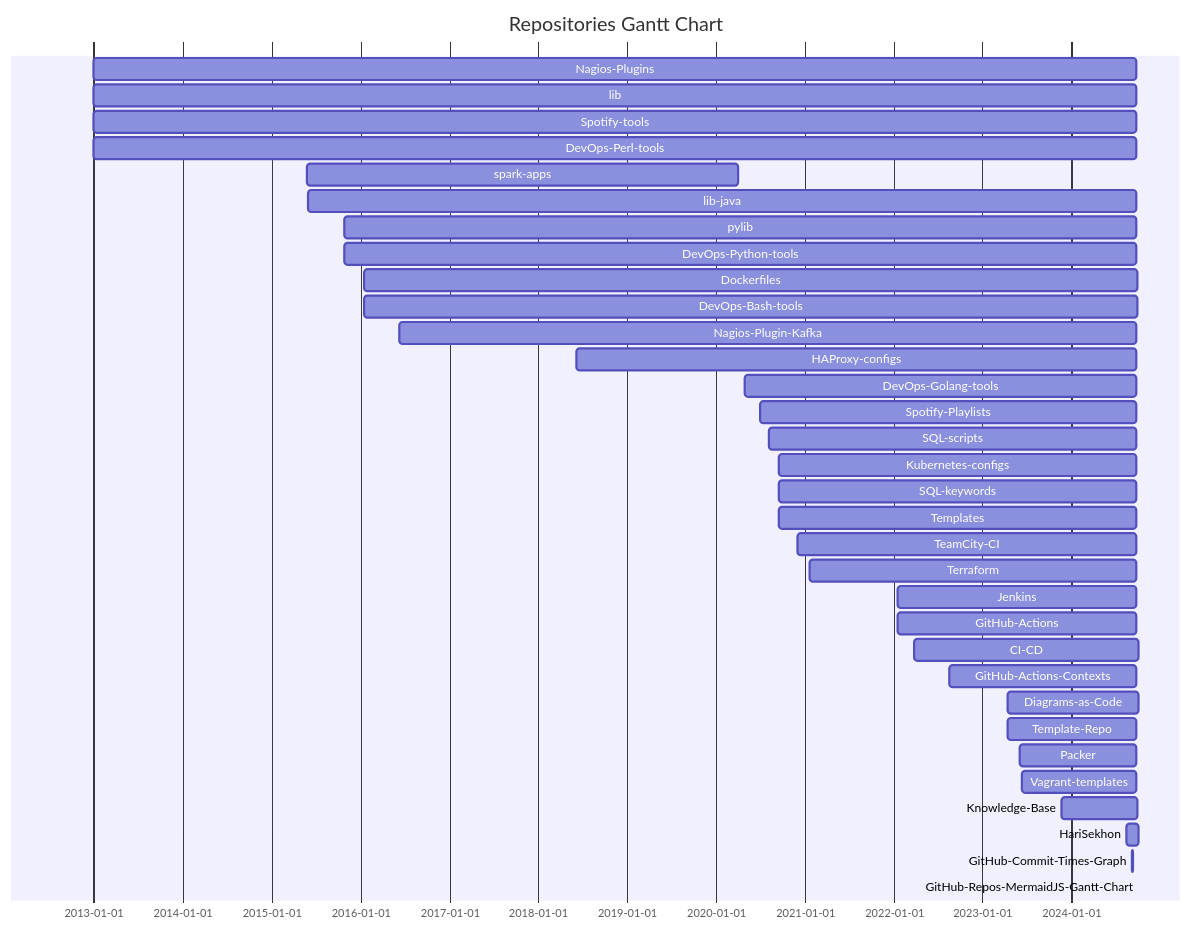
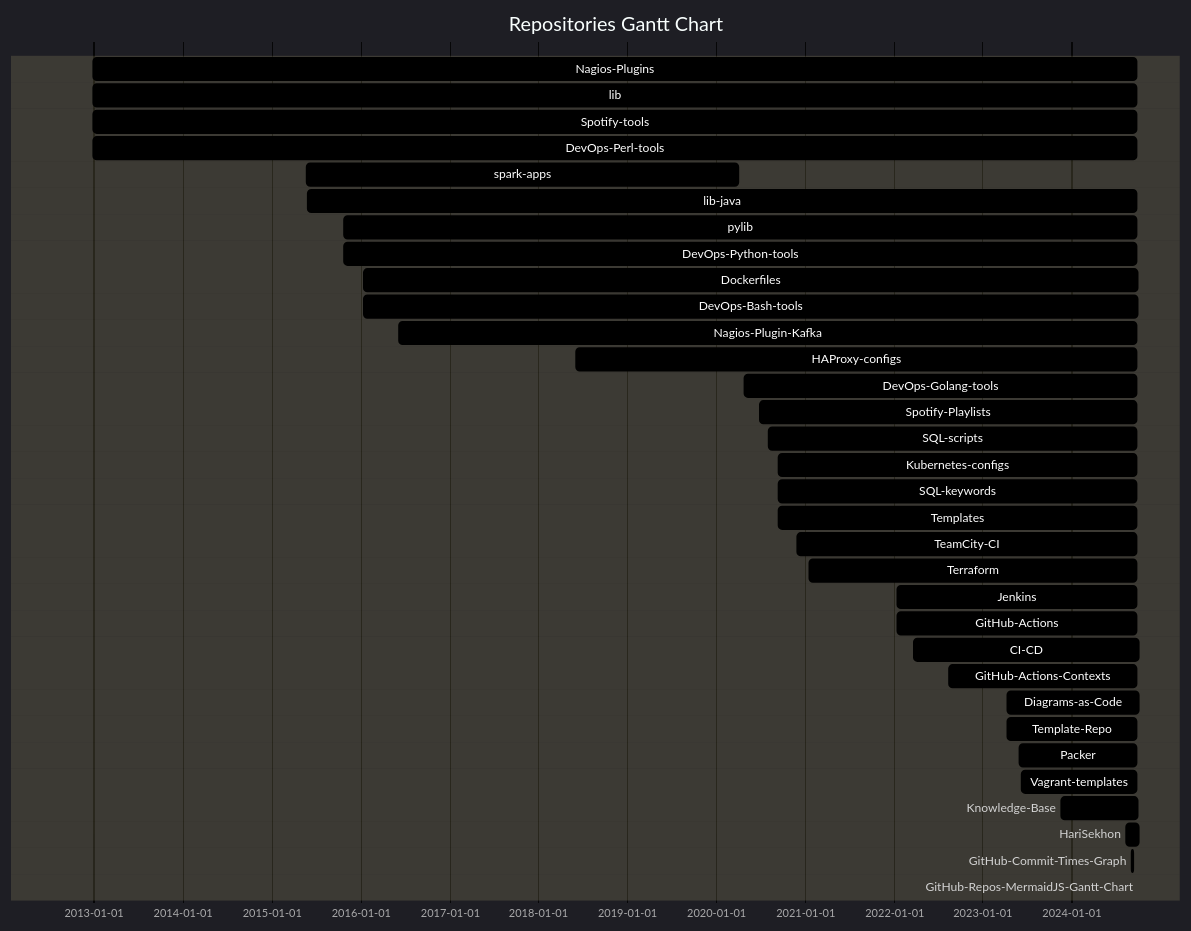
Before and after one commit to HariSekhon/GitHub-Repos-MermaidJS-Gantt-Chart: the diagram in README.md, drawn with Mermaid. The commit also changed other lines of this file, not shown here.

````diff
--- a/README.md
+++ b/README.md
@@ -147,37 +163,55 @@
 ```mermaid
+%%{ init: {
+        "logLevel": "debug",
+        'theme': 'dark',
+        'themeVariables': {
+          'activeTaskBkgColor': '#0000ff',
+          'activeTaskBorderColor': 'lightgrey',
+          'critBorderColor': 'lightgrey',
+          'doneTaskBkgColor': 'grey',
+          'doneTaskBorderColor': 'lightgrey',
+          'taskBkgColor': 'black',
+          'taskBorderColor': 'black',
+          'taskTextColor': 'white',
+          'taskTextDarkColor': 'white',
+          'taskTextLightColor': 'black',
+          'todayLineColor': 'red'
+        }
+    }
+}%%
 gantt
     dateFormat  YYYY-MM-DD
     title Repositories Gantt Chart
     Nagios-Plugins : 2012-12-30, 2012-12-30, 2024-09-22
     lib : 2012-12-30, 2012-12-30, 2024-09-22
     Spotify-tools : 2012-12-30, 2012-12-30, 2024-09-22
     DevOps-Perl-tools : 2012-12-30, 2012-12-30, 2024-09-22
     spark-apps : 2015-05-25, 2015-05-25, 2020-04-02
     lib-java : 2015-05-31, 2015-05-31, 2024-09-22
     pylib : 2015-10-27, 2015-10-27, 2024-09-23
     DevOps-Python-tools : 2015-10-27, 2015-10-27, 2024-09-23
     Dockerfiles : 2016-01-17, 2016-01-17, 2024-09-28
     DevOps-Bash-tools : 2016-01-17, 2016-01-17, 2024-09-28
     Nagios-Plugin-Kafka : 2016-06-07, 2016-06-07, 2024-09-22
     HAProxy-configs : 2018-06-08, 2018-06-08, 2024-09-22
     DevOps-Golang-tools : 2020-04-30, 2020-04-30, 2024-09-22
     Spotify-Playlists : 2020-06-29, 2020-06-29, 2024-09-22
     SQL-scripts : 2020-08-05, 2020-08-05, 2024-09-21
     Kubernetes-configs : 2020-09-16, 2020-09-16, 2024-09-21
     SQL-keywords : 2020-09-16, 2020-09-16, 2024-09-21
     Templates : 2020-09-16, 2020-09-16, 2024-09-25
     TeamCity-CI : 2020-12-03, 2020-12-03, 2024-09-21
     Terraform : 2021-01-18, 2021-01-18, 2024-09-21
     Jenkins : 2022-01-17, 2022-01-17, 2024-09-23
     GitHub-Actions : 2022-01-17, 2022-01-17, 2024-09-22
     CI-CD : 2022-03-25, 2022-03-25, 2024-10-01
     GitHub-Actions-Contexts : 2022-08-17, 2022-08-17, 2024-09-21
     Diagrams-as-Code : 2023-04-14, 2023-04-14, 2024-10-02
     Template-Repo : 2023-04-15, 2023-04-15, 2024-09-22
     Packer : 2023-06-02, 2023-06-02, 2024-09-21
     Vagrant-templates : 2023-06-12, 2023-06-12, 2024-09-21
     Knowledge-Base : 2023-11-22, 2023-11-22, 2024-09-29
     HariSekhon : 2024-08-14, 2024-08-14, 2024-10-02
     GitHub-Commit-Times-Graph : 2024-09-07, 2024-09-07, 2024-09-08
     GitHub-Repos-MermaidJS-Gantt-Chart : 2024-10-02, 2024-10-02, 2024-10-02
 ```
````
